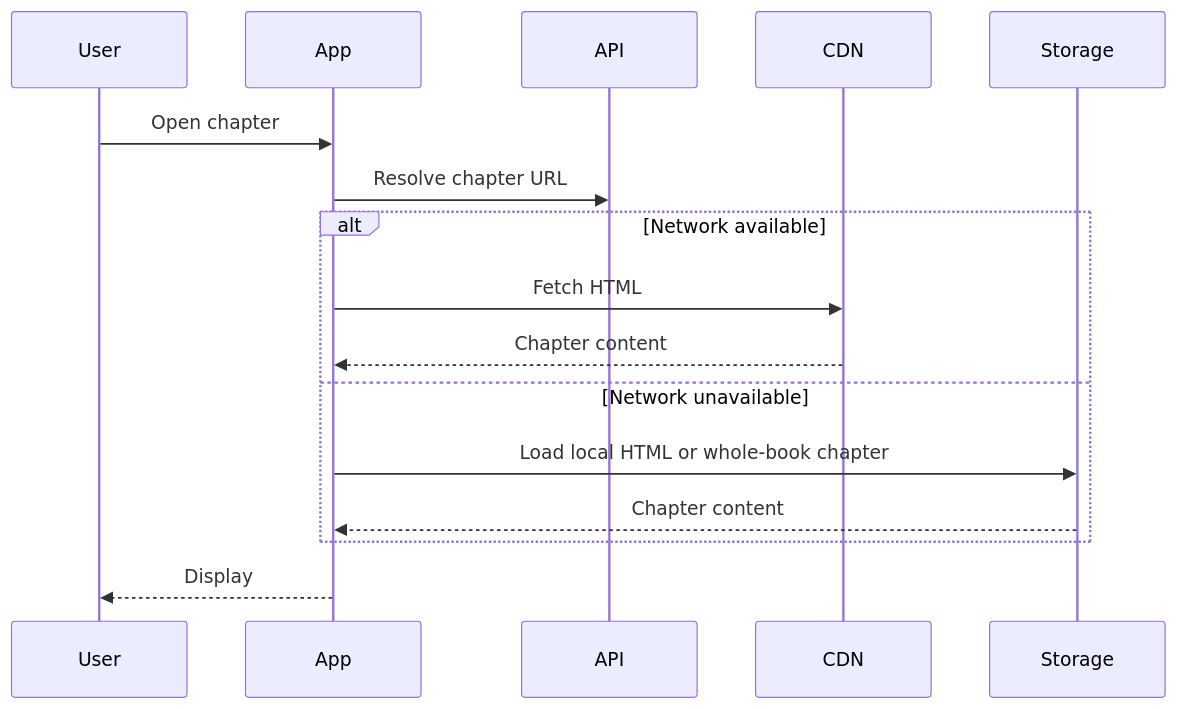
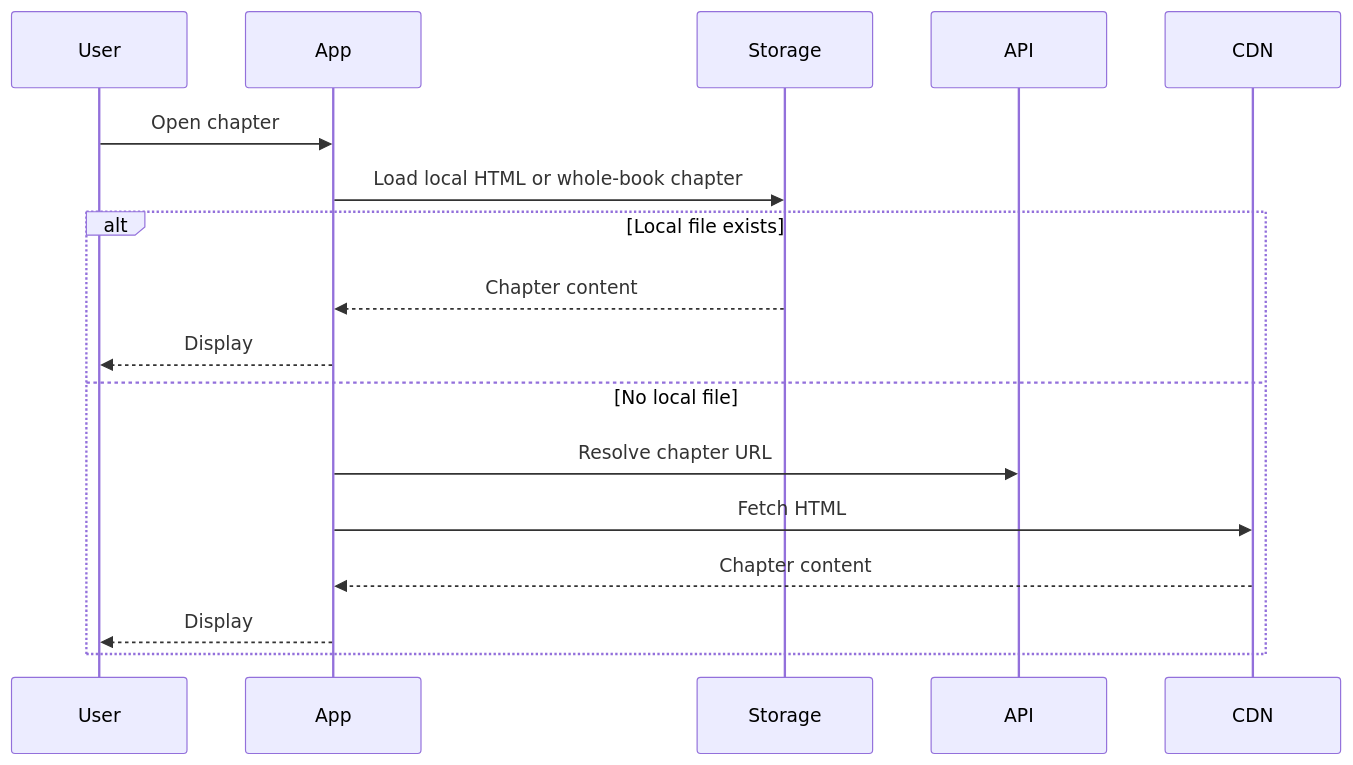
The third of 3 diagrams in docs/offline-mode.md (Bible-Translation-Tools/BIEL-mobile-app), drawn with Mermaid before and after one commit. The commit also changed other lines of this file and 29 other files, not shown here.

First line of the commit message:
Design Architecture (#4)

````diff
--- a/docs/offline-mode.md
+++ b/docs/offline-mode.md
@@ -137,19 +137,20 @@
 ```mermaid
 sequenceDiagram
   participant User
   participant App
+  participant Storage
   participant API
   participant CDN
-  participant Storage
 
   User->>App: Open chapter
-  App->>API: Resolve chapter URL
-  alt Network available
+  App->>Storage: Load local HTML or whole-book chapter
+  alt Local file exists
+    Storage-->>App: Chapter content
+    App-->>User: Display
+  else No local file
+    App->>API: Resolve chapter URL
     App->>CDN: Fetch HTML
     CDN-->>App: Chapter content
-  else Network unavailable
-    App->>Storage: Load local HTML or whole-book chapter
-    Storage-->>App: Chapter content
+    App-->>User: Display
   end
-  App-->>User: Display
 ```
````
